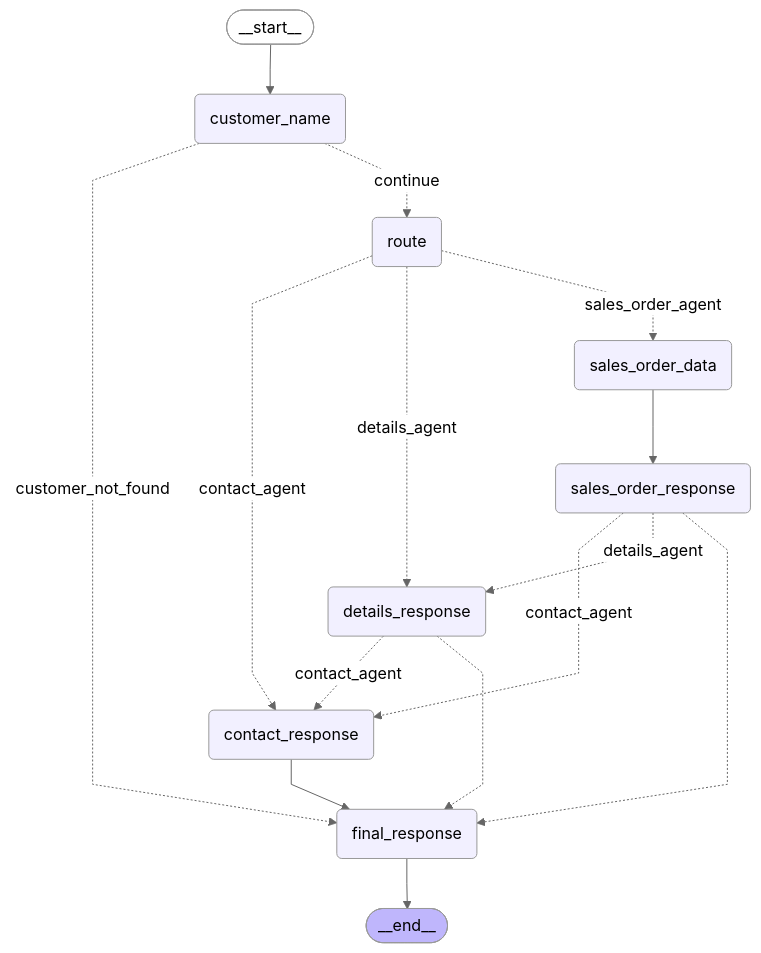
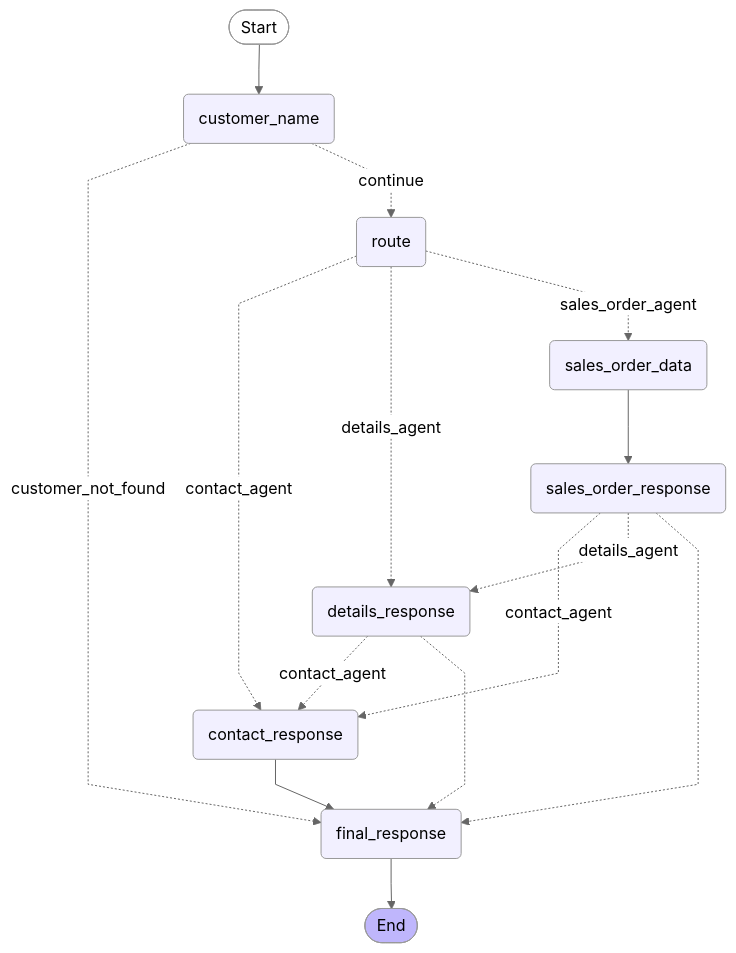
Before and after one commit to pardeepai/ai-erpnext-assistant: the diagram in README.md, drawn with Mermaid (neutral theme). The commit also changed other lines of this file, not shown here.

````diff
--- a/README.md
+++ b/README.md
@@ -137,34 +110,41 @@
 ```mermaid
 ---
 config:
   flowchart:
     curve: linear
 ---
-graph TD;
-        __start__([<p>__start__</p>]):::first
-        customer_name(customer_name)
-        route(route)
-        details_response(details_response)
-        contact_response(contact_response)
-        sales_order_data(sales_order_data)
-        sales_order_response(sales_order_response)
-        final_response(final_response)
-        __end__([<p>__end__</p>]):::last
-        __start__ --> customer_name;
-        contact_response --> final_response;
-        customer_name -. &nbsp;customer_not_found&nbsp; .-> final_response;
-        customer_name -. &nbsp;continue&nbsp; .-> route;
-        details_response -. &nbsp;contact_agent&nbsp; .-> contact_response;
-        details_response -.-> final_response;
-        route -. &nbsp;contact_agent&nbsp; .-> contact_response;
-        route -. &nbsp;details_agent&nbsp; .-> details_response;
-        route -. &nbsp;sales_order_agent&nbsp; .-> sales_order_data;
-        sales_order_data --> sales_order_response;
-        sales_order_response -. &nbsp;contact_agent&nbsp; .-> contact_response;
-        sales_order_response -. &nbsp;details_agent&nbsp; .-> details_response;
-        sales_order_response -.-> final_response;
-        final_response --> __end__;
-        classDef default fill:#f2f0ff,line-height:1.2
-        classDef first fill-opacity:0
-        classDef last fill:#bfb6fc
+graph TD
+    __start__([Start]):::first
+    customer_name(customer_name)
+    route(route)
+    details_response(details_response)
+    contact_response(contact_response)
+    sales_order_data(sales_order_data)
+    sales_order_response(sales_order_response)
+    final_response(final_response)
+    __end__([End]):::last
+
+    __start__ --> customer_name
+
+    customer_name -. customer_not_found .-> final_response
+    customer_name -. continue .-> route
+
+    route -. contact_agent .-> contact_response
+    route -. details_agent .-> details_response
+    route -. sales_order_agent .-> sales_order_data
+
+    details_response -. contact_agent .-> contact_response
+    details_response -.-> final_response
+
+    sales_order_data --> sales_order_response
+    sales_order_response -. contact_agent .-> contact_response
+    sales_order_response -. details_agent .-> details_response
+    sales_order_response -.-> final_response
+
+    contact_response --> final_response
+    final_response --> __end__
+
+    classDef default fill:#f2f0ff,line-height:1.2
+    classDef first fill-opacity:0
+    classDef last fill:#bfb6fc
 ```
````
